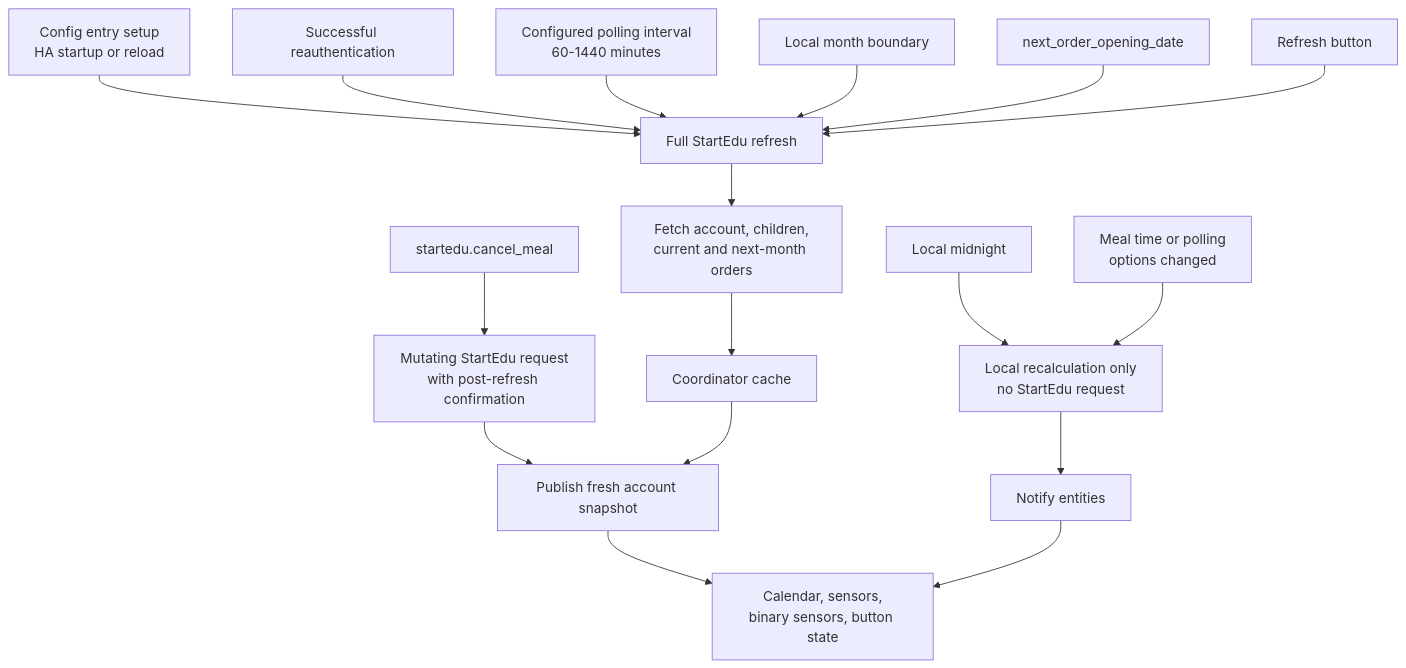
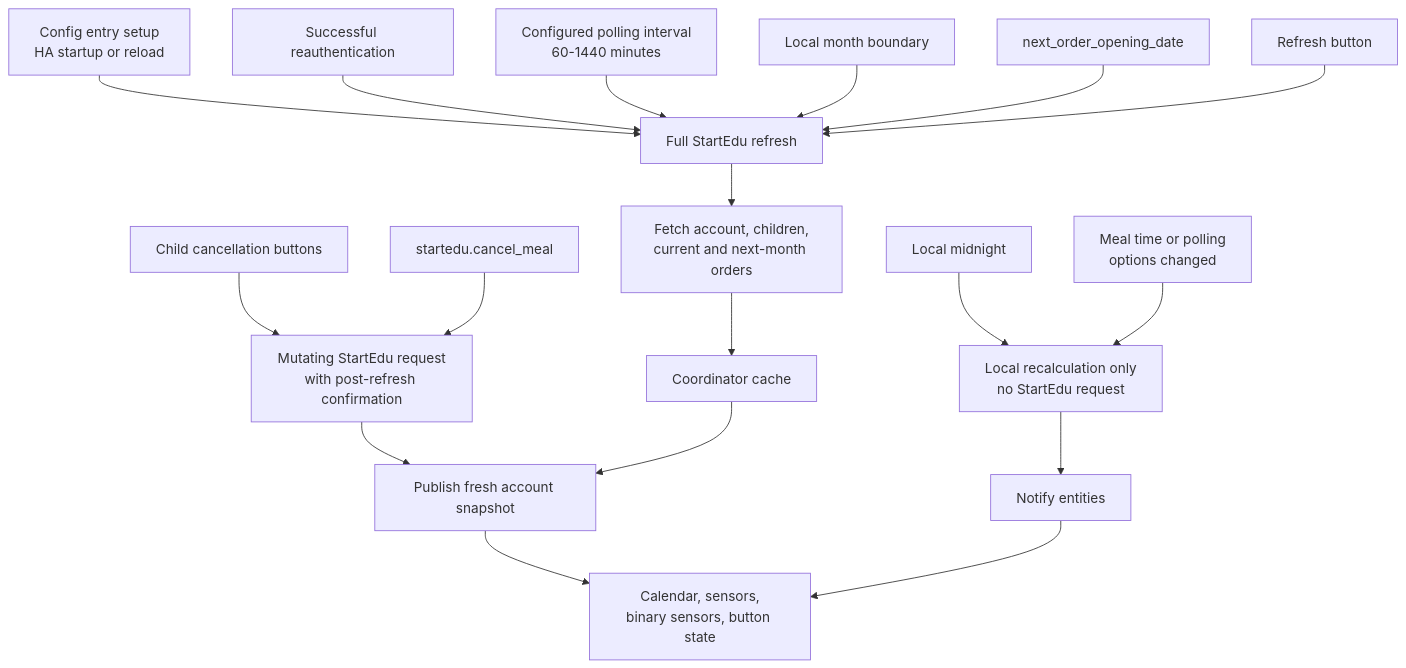
Before and after one commit to patrykchoros/startedu-ha: the diagram in docs/synchronization-strategy.md, drawn with Mermaid. The commit also changed 16 other files, not shown here.

Commit message:
Add child-device meal cancellation buttons (#60)

````diff
--- a/docs/synchronization-strategy.md
+++ b/docs/synchronization-strategy.md
@@ -12,24 +12,25 @@
 ```mermaid
 flowchart TD
     setup["Config entry setup\nHA startup or reload"] --> full
     reauth["Successful reauthentication"] --> full
     poll["Configured polling interval\n60-1440 minutes"] --> full
     month["Local month boundary"] --> full
     opening["next_order_opening_date"] --> full
     manual["Refresh button"] --> full
 
+    cancel_buttons["Child cancellation buttons"] --> mutation
     cancel["startedu.cancel_meal"] --> mutation
     mutation["Mutating StartEdu request\nwith post-refresh confirmation"] --> publish
 
     full["Full StartEdu refresh"] --> fetch
     fetch["Fetch account, children,\ncurrent and next-month orders"] --> cache
     cache["Coordinator cache"] --> publish
 
     midnight["Local midnight"] --> local
     options["Meal time or polling\noptions changed"] --> local
     local["Local recalculation only\nno StartEdu request"] --> notify
 
     publish["Publish fresh account snapshot"] --> entities
     notify["Notify entities"] --> entities
     entities["Calendar, sensors,\nbinary sensors, button state"]
 ```
````
